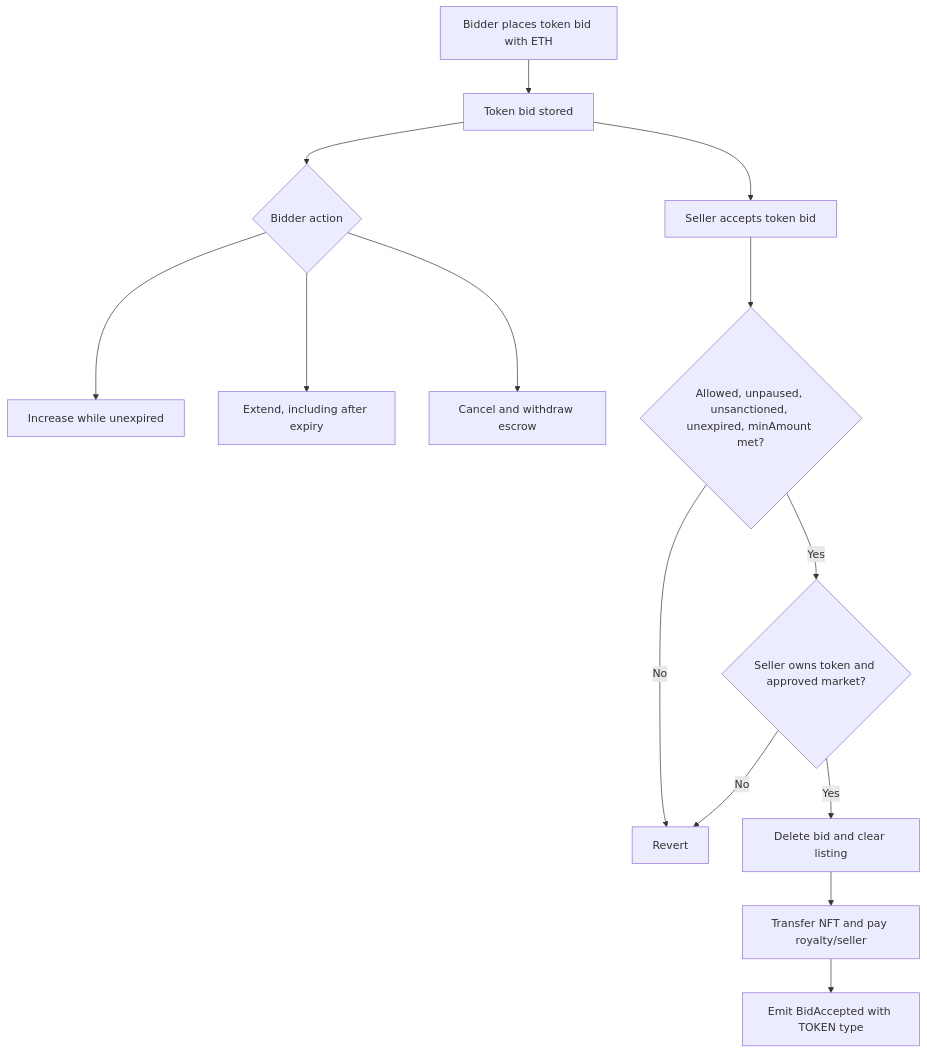
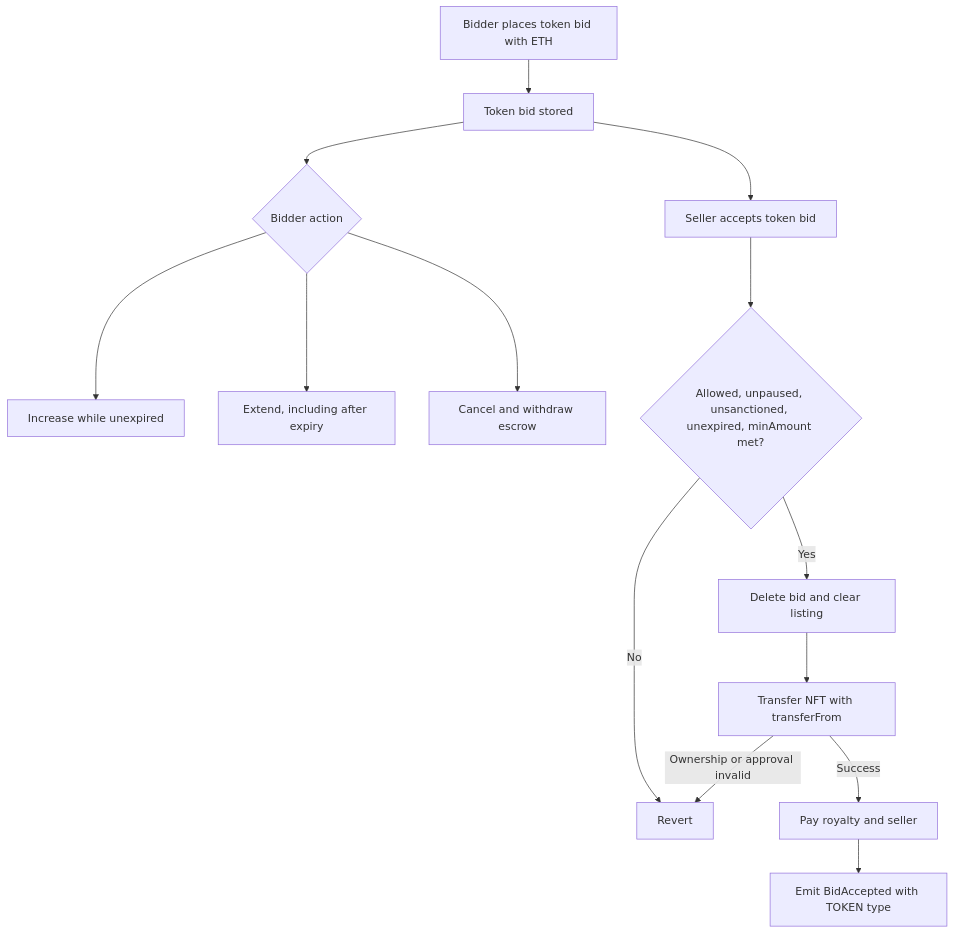
Before and after one commit to mpeyfuss/luci-market: the second of 4 diagrams in README.md, drawn with Mermaid. The commit also changed other lines of this file, not shown here.

````diff
--- a/README.md
+++ b/README.md
@@ -66,16 +65,16 @@
 ```mermaid
 flowchart TD
     A[Bidder places token bid with ETH] --> B[Token bid stored]
     B --> C{Bidder action}
     C --> D[Increase while unexpired]
     C --> E[Extend, including after expiry]
     C --> F[Cancel and withdraw escrow]
     B --> G[Seller accepts token bid]
     G --> H{Allowed, unpaused, unsanctioned, unexpired, minAmount met?}
     H -- No --> X[Revert]
-    H -- Yes --> I{Seller owns token and approved market?}
-    I -- No --> X
-    I -- Yes --> J[Delete bid and clear listing]
-    J --> K[Transfer NFT and pay royalty/seller]
+    H -- Yes --> I[Delete bid and clear listing]
+    I --> J[Transfer NFT with transferFrom]
+    J -- Ownership or approval invalid --> X
+    J -- Success --> K[Pay royalty and seller]
     K --> L[Emit BidAccepted with TOKEN type]
 ```
````
